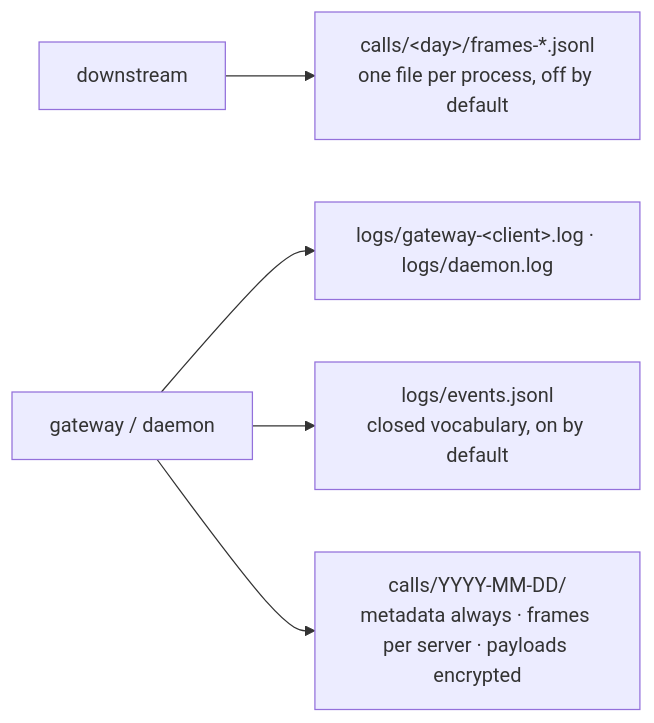
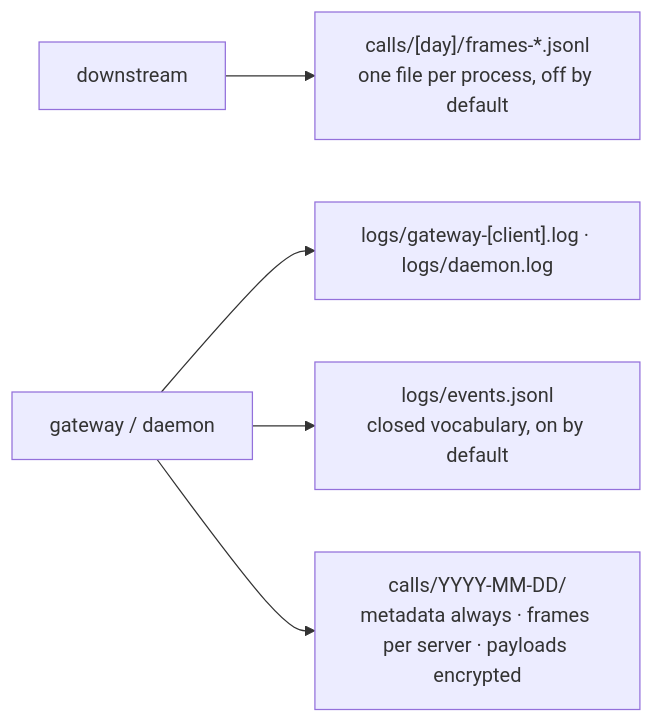
One commit to dinstein/agent-hub changed the sixth of 6 diagrams in docs/architecture.md. Above: the diagram before and after it, drawn with Mermaid. The commit also changed 6 other files, not shown here.

````diff
--- a/docs/architecture.md
+++ b/docs/architecture.md
@@ -243,7 +243,7 @@
 ```mermaid
 flowchart LR
-    DSX["downstream"] --> A4["calls/&lt;day&gt;/frames-*.jsonl<br/>one file per process, off by default"]
-    GW["gateway / daemon"] --> A5["logs/gateway-&lt;client&gt;.log · logs/daemon.log"]
+    DSX["downstream"] --> A4["calls/[day]/frames-*.jsonl<br/>one file per process, off by default"]
+    GW["gateway / daemon"] --> A5["logs/gateway-[client].log · logs/daemon.log"]
     GW --> A7["logs/events.jsonl<br/>closed vocabulary, on by default"]
     GW --> A6["calls/YYYY-MM-DD/<br/>metadata always · frames per server · payloads encrypted"]
 ```
````
